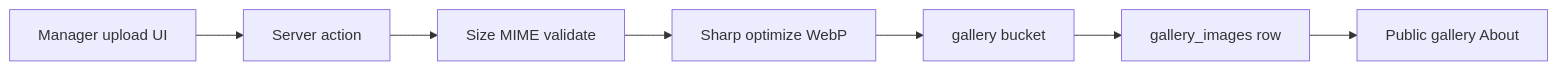
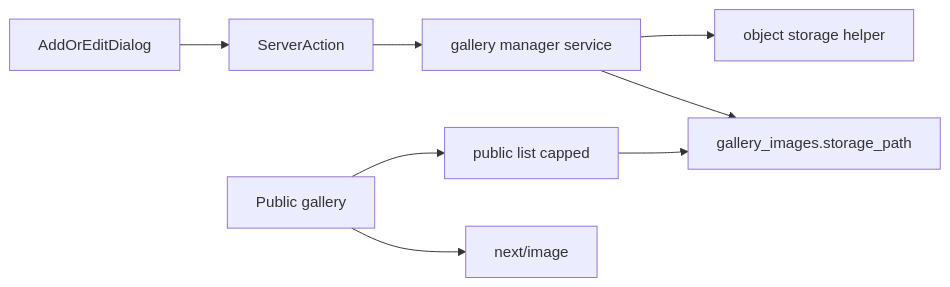
The diagram in docs/gallery-feature/PLAN.md (sweidweb2/etkan_ms), drawn with Mermaid before and after one commit. The commit also changed other lines of this file and 38 other files, not shown here.

````diff
--- a/docs/gallery-feature/PLAN.md
+++ b/docs/gallery-feature/PLAN.md
@@ -82,9 +26,10 @@
 ```mermaid
 flowchart LR
-  UI[Manager upload UI] --> Action[Server action]
-  Action --> Validate[Size MIME validate]
-  Validate --> Sharp[Sharp optimize WebP]
-  Sharp --> Bucket[gallery bucket]
-  Bucket --> DB[gallery_images row]
-  DB --> Public[Public gallery About]
+  dialog[AddOrEditDialog] --> action[ServerAction]
+  action --> managerSvc[gallery manager service]
+  managerSvc --> files[object storage helper]
+  managerSvc --> rows[gallery_images.storage_path]
+  publicPage[Public gallery] --> publicSvc[public list capped]
+  publicSvc --> rows
+  publicPage --> nextImage[next/image]
 ```
````
